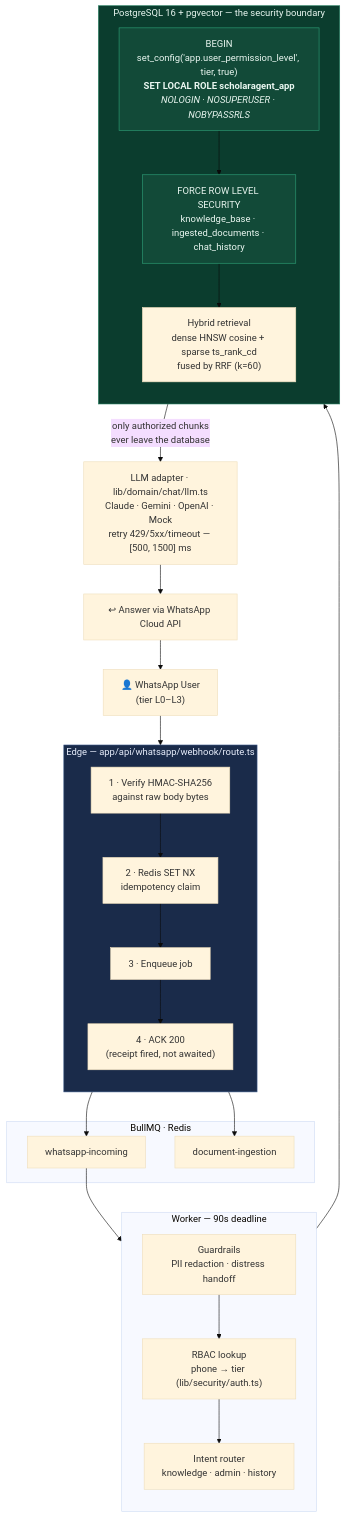
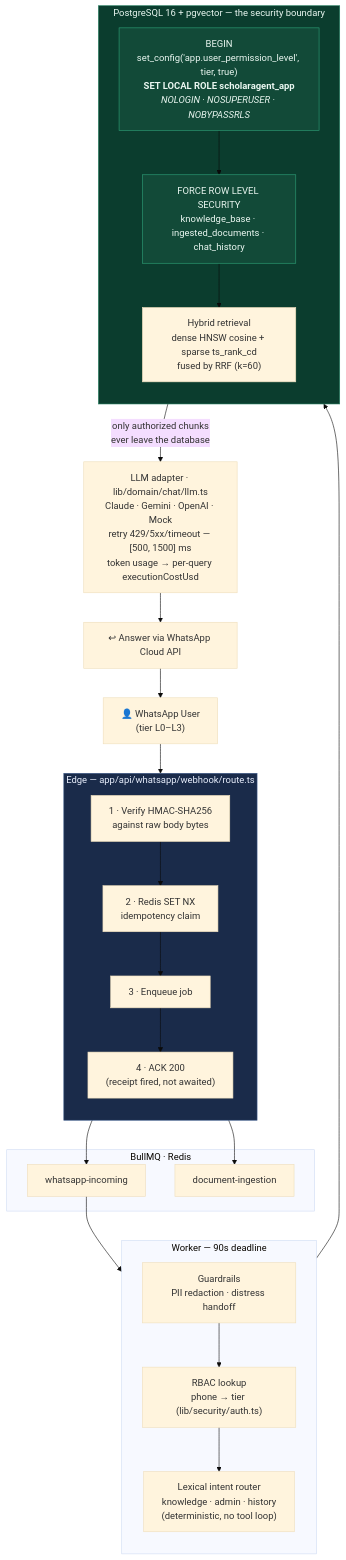
Before and after one commit to Gavrielsh/ScholarAgent: the diagram in README.md, drawn with Mermaid (base theme). The commit also changed other lines of this file and 22 other files, not shown here.

First line of the commit message:
feat(ingestion,telemetry): unify parent-child chunking in reconcile, add LLM cost tracking, and sync docs

````diff
--- a/README.md
+++ b/README.md
@@ -100,49 +101,49 @@
 ```mermaid
 flowchart TB
     U["👤 WhatsApp User<br/>(tier L0–L3)"]
 
     subgraph EDGE["Edge — app/api/whatsapp/webhook/route.ts"]
         direction TB
         SIG["1 · Verify HMAC-SHA256<br/>against raw body bytes"]
         IDEM["2 · Redis SET NX<br/>idempotency claim"]
         ENQ["3 · Enqueue job"]
         ACK["4 · ACK 200<br/>(receipt fired, not awaited)"]
         SIG --> IDEM --> ENQ --> ACK
     end
 
     subgraph QUEUE["BullMQ · Redis"]
         CHATQ["whatsapp-incoming"]
         DOCQ["document-ingestion"]
     end
 
     subgraph WORKER["Worker — 90s deadline"]
         direction TB
         GUARD["Guardrails<br/>PII redaction · distress handoff"]
         RBAC["RBAC lookup<br/>phone → tier (lib/security/auth.ts)"]
-        ROUTE["Intent router<br/>knowledge · admin · history"]
+        ROUTE["Lexical intent router<br/>knowledge · admin · history<br/>(deterministic, no tool loop)"]
         GUARD --> RBAC --> ROUTE
     end
 
     subgraph DB["PostgreSQL 16 + pgvector — the security boundary"]
         direction TB
         TX["BEGIN<br/>set_config('app.user_permission_level', tier, true)<br/><b>SET LOCAL ROLE scholaragent_app</b><br/><i>NOLOGIN · NOSUPERUSER · NOBYPASSRLS</i>"]
         RLS["FORCE ROW LEVEL SECURITY<br/>knowledge_base · ingested_documents · chat_history"]
         HYB["Hybrid retrieval<br/>dense HNSW cosine + sparse ts_rank_cd<br/>fused by RRF (k=60)"]
         TX --> RLS --> HYB
     end
 
-    LLM["LLM adapter · lib/domain/chat/llm.ts<br/>Claude · Gemini · OpenAI · Mock<br/>retry 429/5xx/timeout — [500, 1500] ms"]
+    LLM["LLM adapter · lib/domain/chat/llm.ts<br/>Claude · Gemini · OpenAI · Mock<br/>retry 429/5xx/timeout — [500, 1500] ms<br/>token usage → per-query executionCostUsd"]
     OUT["↩ Answer via WhatsApp Cloud API"]
 
     U --> SIG
     ENQ --> CHATQ & DOCQ
     CHATQ --> GUARD
     ROUTE --> TX
     HYB -->|"only authorized chunks<br/>ever leave the database"| LLM
     LLM --> OUT --> U
 
     style DB fill:#0b3d2e,stroke:#1f7a5c,color:#eaf7f1
     style EDGE fill:#1a2b4a,stroke:#3d5a8a,color:#e8eefc
     style TX fill:#124a38,stroke:#2fa37a,color:#eaf7f1
     style RLS fill:#124a38,stroke:#2fa37a,color:#eaf7f1
 ```
````
